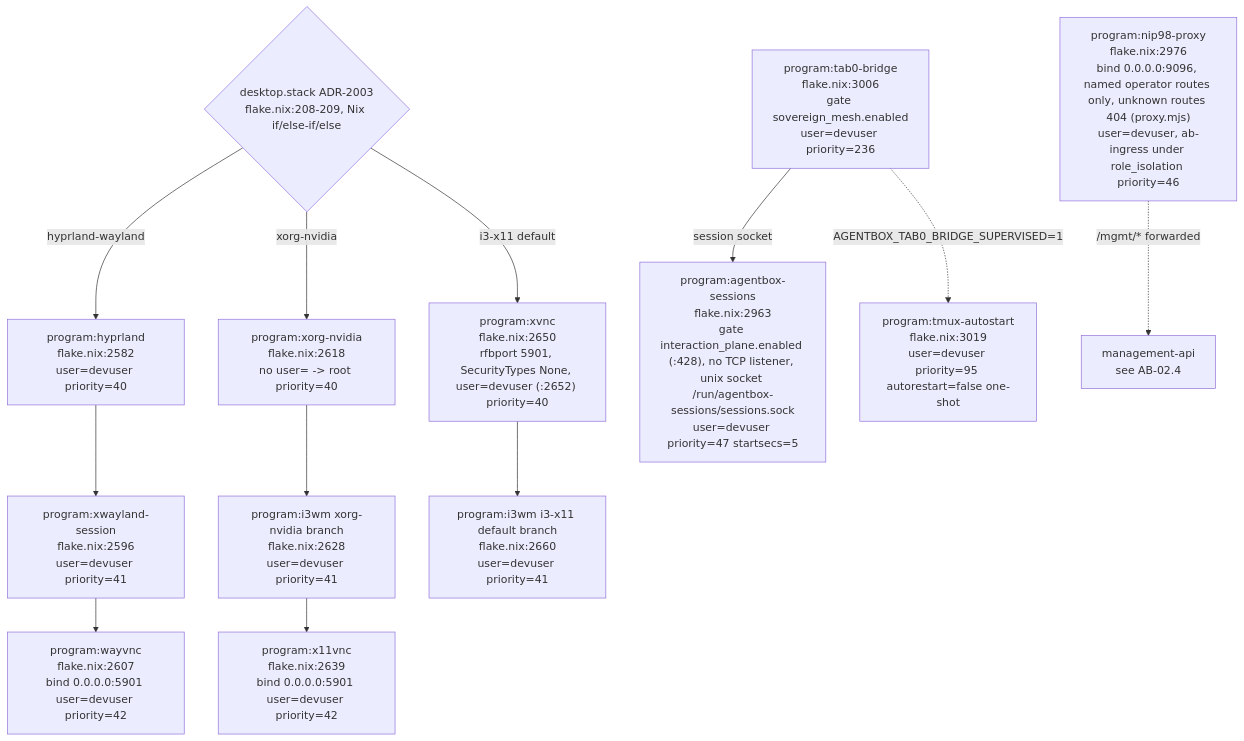
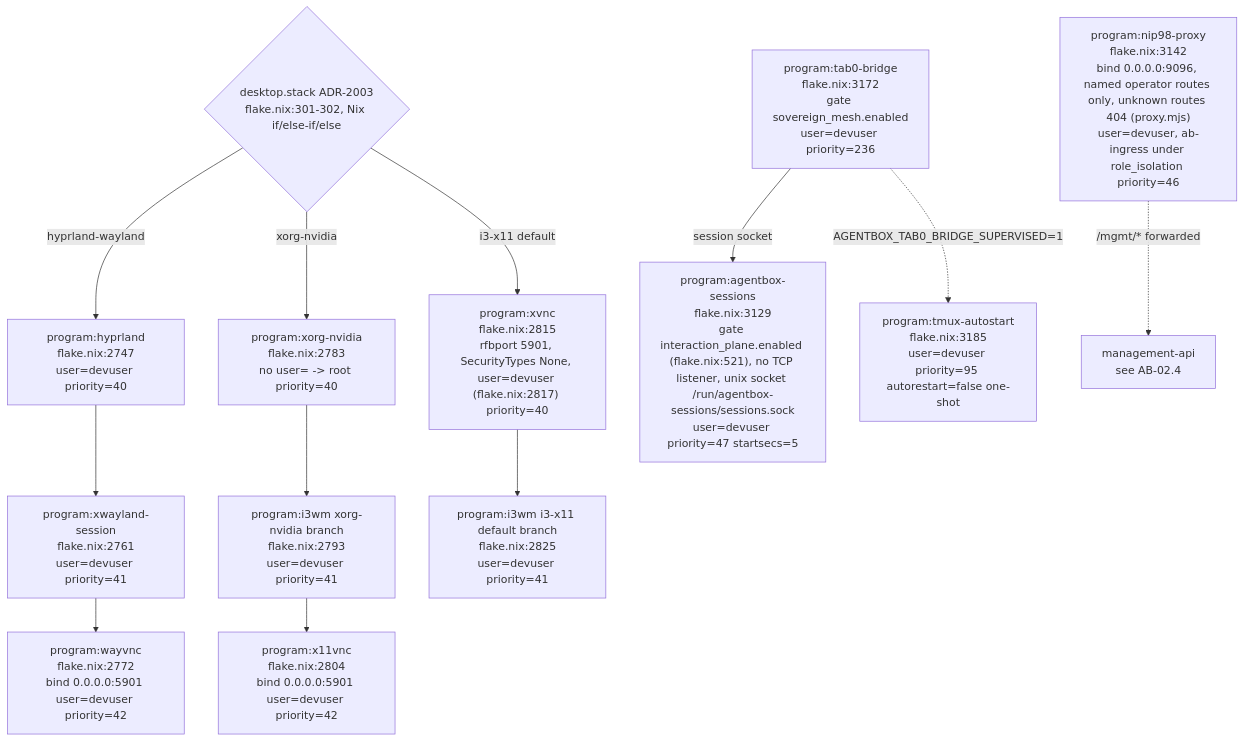
The sixth of 21 diagrams in docs/diagrams/agentbox/02-boot-sequence-and-readiness.md (DreamLab-AI/VisionFlow), drawn with Mermaid before and after one commit. The commit also changed other lines of this file and 6 other files, not shown here.

First line of the commit message:
docs: align native session and ingress diagrams (#39)

````diff
--- a/docs/diagrams/agentbox/02-boot-sequence-and-readiness.md
+++ b/docs/diagrams/agentbox/02-boot-sequence-and-readiness.md
@@ -333,23 +336,23 @@
 ```mermaid
 flowchart TB
-    GATESTACK{"desktop.stack ADR-2003<br/>flake.nix:208-209, Nix if/else-if/else"}
-    HYPR["program:hyprland<br/>flake.nix:2582<br/>user=devuser priority=40"]
-    XWAY["program:xwayland-session<br/>flake.nix:2596<br/>user=devuser priority=41"]
-    WAYVNC["program:wayvnc<br/>flake.nix:2607<br/>bind 0.0.0.0:5901 user=devuser priority=42"]
-    XORG["program:xorg-nvidia<br/>flake.nix:2618<br/>no user= -&gt; root priority=40"]
-    I3A["program:i3wm xorg-nvidia branch<br/>flake.nix:2628<br/>user=devuser priority=41"]
-    X11VNC["program:x11vnc<br/>flake.nix:2639<br/>bind 0.0.0.0:5901 user=devuser priority=42"]
-    XVNC["program:xvnc<br/>flake.nix:2650<br/>rfbport 5901, SecurityTypes None, user=devuser (:2652) priority=40"]
-    I3B["program:i3wm i3-x11 default branch<br/>flake.nix:2660<br/>user=devuser priority=41"]
-    SESS["program:agentbox-sessions<br/>flake.nix:2963<br/>gate interaction_plane.enabled (:428), no TCP listener, unix socket /run/agentbox-sessions/sessions.sock<br/>user=devuser priority=47 startsecs=5"]
-    NIP98["program:nip98-proxy<br/>flake.nix:2976<br/>bind 0.0.0.0:9096, named operator routes only, unknown routes 404 (proxy.mjs)<br/>user=devuser, ab-ingress under role_isolation priority=46"]
-    TAB0["program:tab0-bridge<br/>flake.nix:3006<br/>gate sovereign_mesh.enabled<br/>user=devuser priority=236"]
-    TMUX["program:tmux-autostart<br/>flake.nix:3019<br/>user=devuser priority=95 autorestart=false one-shot"]
+    GATESTACK{"desktop.stack ADR-2003<br/>flake.nix:301-302, Nix if/else-if/else"}
+    HYPR["program:hyprland<br/>flake.nix:2747<br/>user=devuser priority=40"]
+    XWAY["program:xwayland-session<br/>flake.nix:2761<br/>user=devuser priority=41"]
+    WAYVNC["program:wayvnc<br/>flake.nix:2772<br/>bind 0.0.0.0:5901 user=devuser priority=42"]
+    XORG["program:xorg-nvidia<br/>flake.nix:2783<br/>no user= -&gt; root priority=40"]
+    I3A["program:i3wm xorg-nvidia branch<br/>flake.nix:2793<br/>user=devuser priority=41"]
+    X11VNC["program:x11vnc<br/>flake.nix:2804<br/>bind 0.0.0.0:5901 user=devuser priority=42"]
+    XVNC["program:xvnc<br/>flake.nix:2815<br/>rfbport 5901, SecurityTypes None, user=devuser (flake.nix:2817) priority=40"]
+    I3B["program:i3wm i3-x11 default branch<br/>flake.nix:2825<br/>user=devuser priority=41"]
+    SESS["program:agentbox-sessions<br/>flake.nix:3129<br/>gate interaction_plane.enabled (flake.nix:521), no TCP listener, unix socket /run/agentbox-sessions/sessions.sock<br/>user=devuser priority=47 startsecs=5"]
+    NIP98["program:nip98-proxy<br/>flake.nix:3142<br/>bind 0.0.0.0:9096, named operator routes only, unknown routes 404 (proxy.mjs)<br/>user=devuser, ab-ingress under role_isolation priority=46"]
+    TAB0["program:tab0-bridge<br/>flake.nix:3172<br/>gate sovereign_mesh.enabled<br/>user=devuser priority=236"]
+    TMUX["program:tmux-autostart<br/>flake.nix:3185<br/>user=devuser priority=95 autorestart=false one-shot"]
 
     GATESTACK -->|"hyprland-wayland"| HYPR --> XWAY --> WAYVNC
     GATESTACK -->|"xorg-nvidia"| XORG --> I3A --> X11VNC
     GATESTACK -->|"i3-x11 default"| XVNC --> I3B
     TAB0 -->|"session socket"| SESS
     NIP98 -.->|"/mgmt/* forwarded"| MGMTREF["management-api<br/>see AB-02.4"]
     TAB0 -.->|"AGENTBOX_TAB0_BRIDGE_SUPERVISED=1"| TMUX
 ```
````
